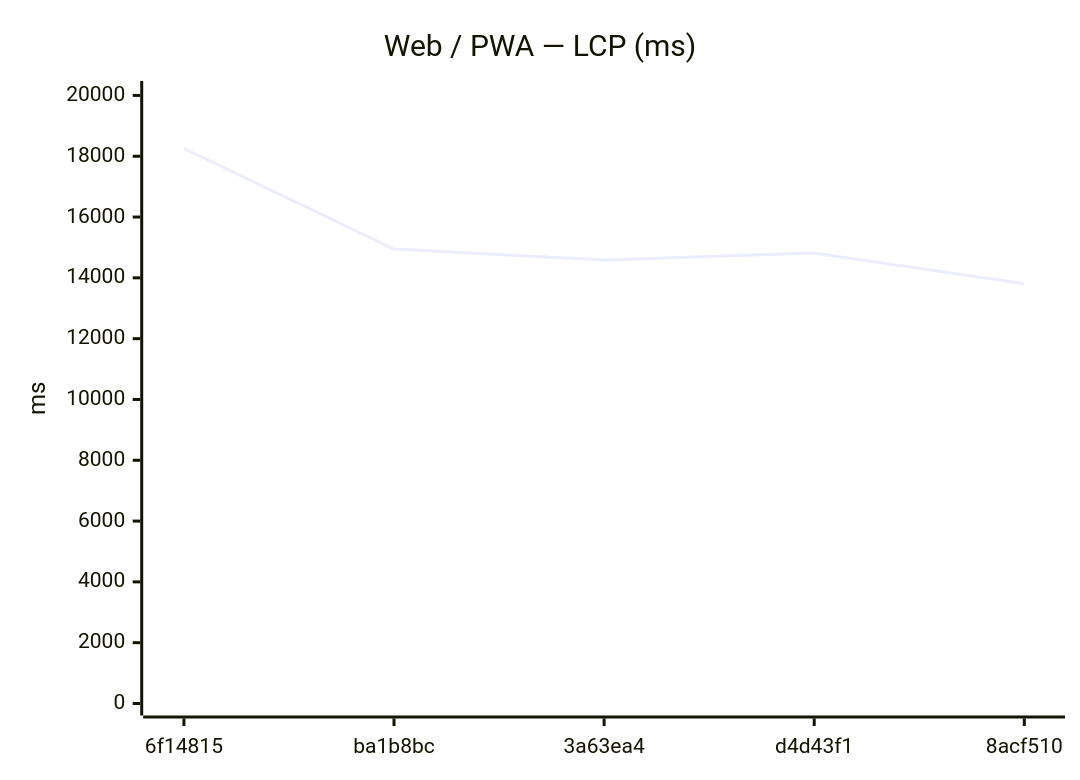
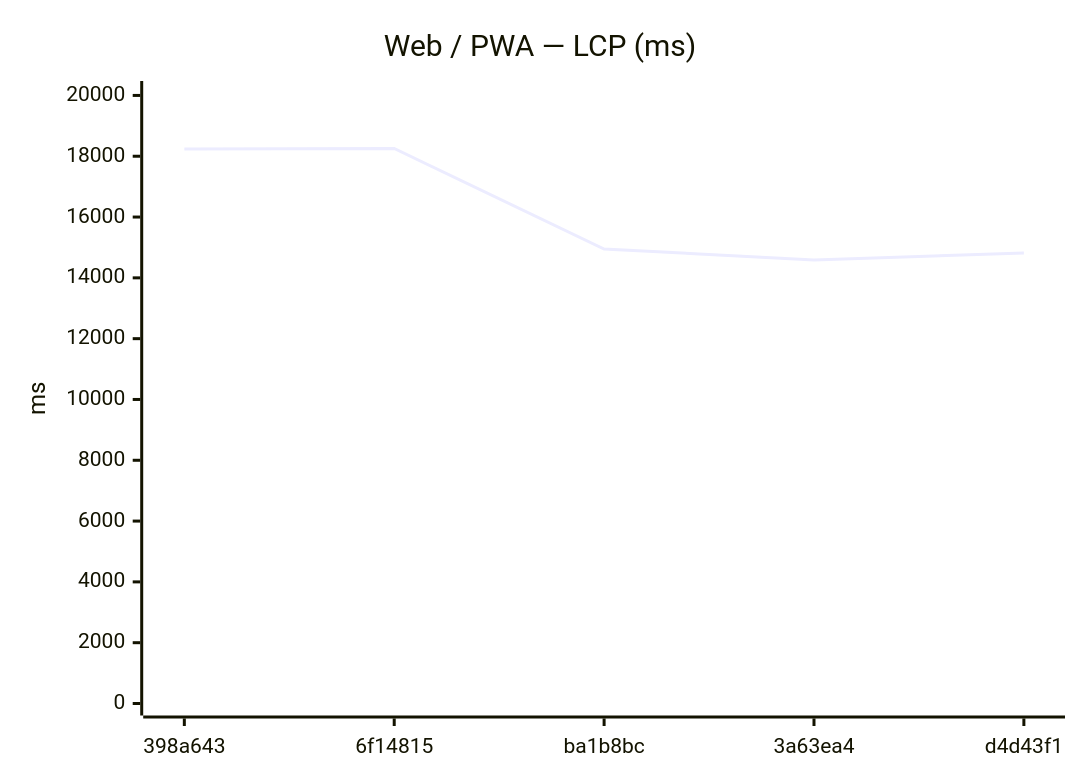
The seventh of 18 diagrams in benchmarks/compare.md (Metaheurist/Rianell), drawn with Mermaid before and after one commit. The commit also changed other lines of this file and 11 other files, not shown here.

````diff
--- a/benchmarks/compare.md
+++ b/benchmarks/compare.md
@@ -117,7 +117,7 @@
 ```mermaid
 xychart-beta
     title "Web / PWA — LCP (ms)"
-    x-axis ["6f14815", "ba1b8bc", "3a63ea4", "d4d43f1", "8acf510"]
+    x-axis ["398a643", "6f14815", "ba1b8bc", "3a63ea4", "d4d43f1"]
     y-axis "ms" 0 --> 20080
-    line [18254, 14947, 14588, 14818, 13807]
+    line [18242, 18254, 14947, 14588, 14818]
 ```
````
